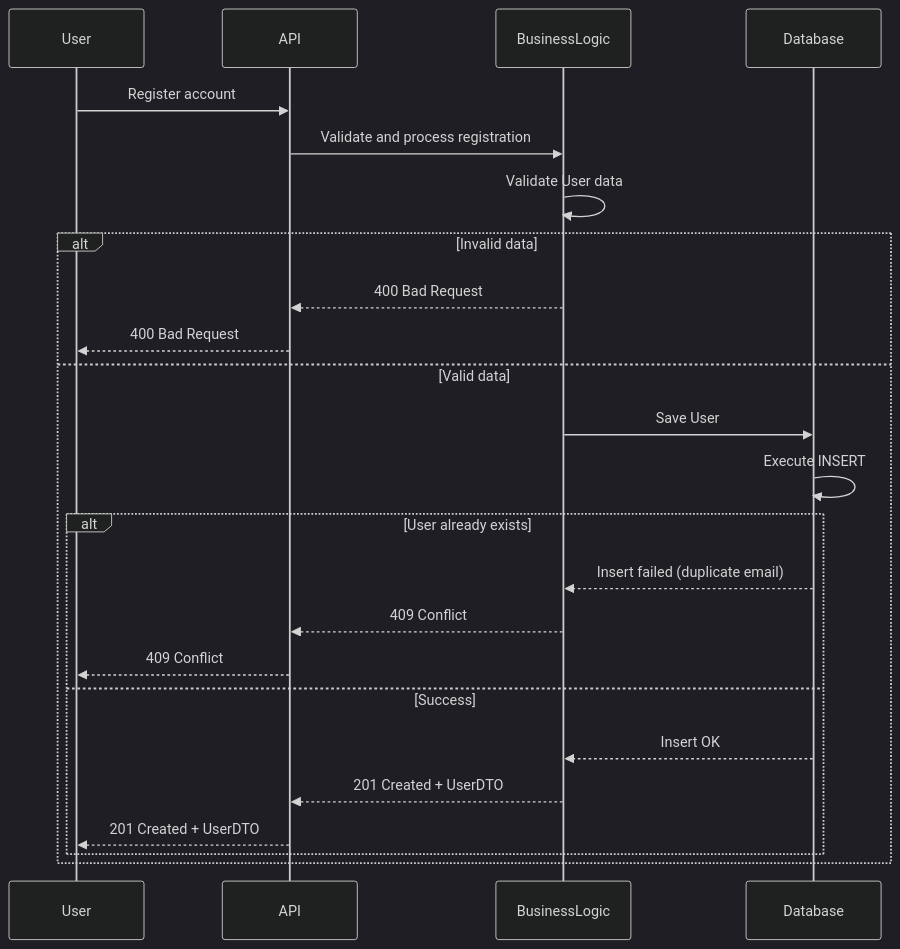
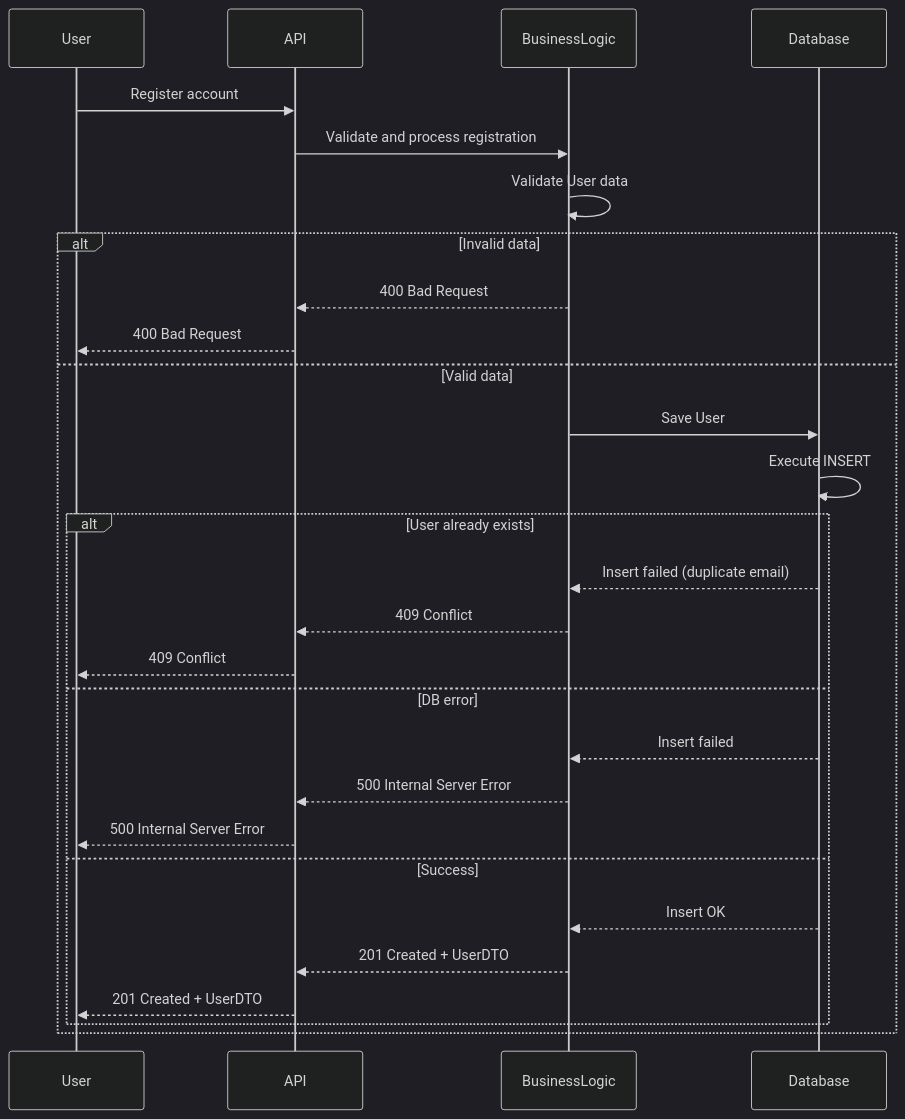
The first of 4 diagrams in part1/SequenceDiagrams.md (AdeleM-prog/holbertonschool-hbnb), drawn with Mermaid (dark theme) before and after one commit. The commit also changed other lines of this file, not shown here.

First line of the commit message:
Update sequence diagrams with descriptions and rules

````diff
--- a/part1/SequenceDiagrams.md
+++ b/part1/SequenceDiagrams.md
@@ -7,32 +7,37 @@
 ```mermaid
 sequenceDiagram
 
 participant User
 participant API
 participant BusinessLogic
 participant Database
 
 User->>API: Register account
 API->>BusinessLogic: Validate and process registration
 BusinessLogic->>BusinessLogic: Validate User data
 
 alt Invalid data
     BusinessLogic-->>API: 400 Bad Request
     API-->>User: 400 Bad Request
 
 else Valid data
     BusinessLogic->>Database: Save User
     Database->>Database: Execute INSERT
 
     alt User already exists
         Database-->>BusinessLogic: Insert failed (duplicate email)
         BusinessLogic-->>API: 409 Conflict
         API-->>User: 409 Conflict
+    
+    else DB error
+        Database-->>BusinessLogic: Insert failed
+        BusinessLogic-->>API: 500 Internal Server Error
+        API-->>User: 500 Internal Server Error
         
     else Success
         Database-->>BusinessLogic: Insert OK
         BusinessLogic-->>API: 201 Created + UserDTO
         API-->>User: 201 Created + UserDTO
     end
 end
 ```
````
